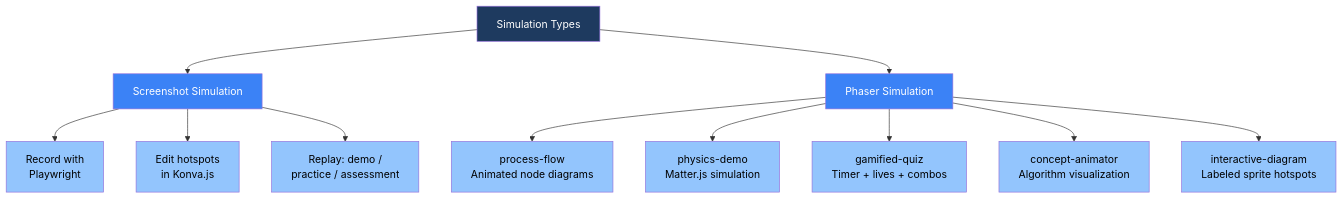
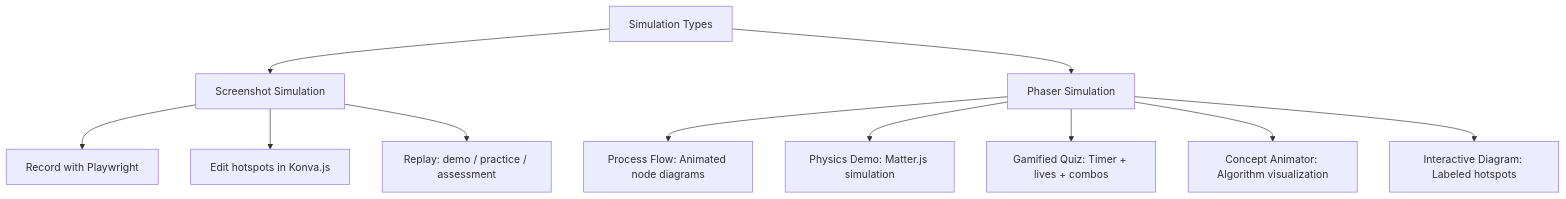
The third of 3 diagrams in README.md (canocampus/elearn-studio), drawn with Mermaid before and after one commit. The commit also changed other lines of this file and 1 other file, not shown here.

First line of the commit message:
fix(docs): align mcQuestionWidget schema and simplify README diagram

````diff
--- a/README.md
+++ b/README.md
@@ -177,21 +158,15 @@
 ```mermaid
 graph TD
-  classDef root fill:#1E3A5F,color:#fff
-  classDef branch fill:#3B82F6,color:#fff
-  classDef leaf fill:#93C5FD,color:#000
+  SIM[Simulation Types] --> SS[Screenshot Simulation]
+  SIM --> PS[Phaser Simulation]
 
-  SIM[Simulation Types]:::root
+  SS --> SS1[Record with Playwright]
+  SS --> SS2[Edit hotspots in Konva.js]
+  SS --> SS3[Replay: demo / practice / assessment]
 
-  SIM --> SS[Screenshot Simulation]:::branch
-  SIM --> PS[Phaser Simulation]:::branch
-
-  SS --> SS1[Record with<br/>Playwright]:::leaf
-  SS --> SS2[Edit hotspots<br/>in Konva.js]:::leaf
-  SS --> SS3[Replay: demo /<br/>practice / assessment]:::leaf
-
-  PS --> PS1[process-flow<br/>Animated node diagrams]:::leaf
-  PS --> PS2[physics-demo<br/>Matter.js simulation]:::leaf
-  PS --> PS3[gamified-quiz<br/>Timer + lives + combos]:::leaf
-  PS --> PS4[concept-animator<br/>Algorithm visualization]:::leaf
-  PS --> PS5[interactive-diagram<br/>Labeled sprite hotspots]:::leaf
+  PS --> PS1[Process Flow: Animated node diagrams]
+  PS --> PS2[Physics Demo: Matter.js simulation]
+  PS --> PS3[Gamified Quiz: Timer + lives + combos]
+  PS --> PS4[Concept Animator: Algorithm visualization]
+  PS --> PS5[Interactive Diagram: Labeled hotspots]
 ```
````
